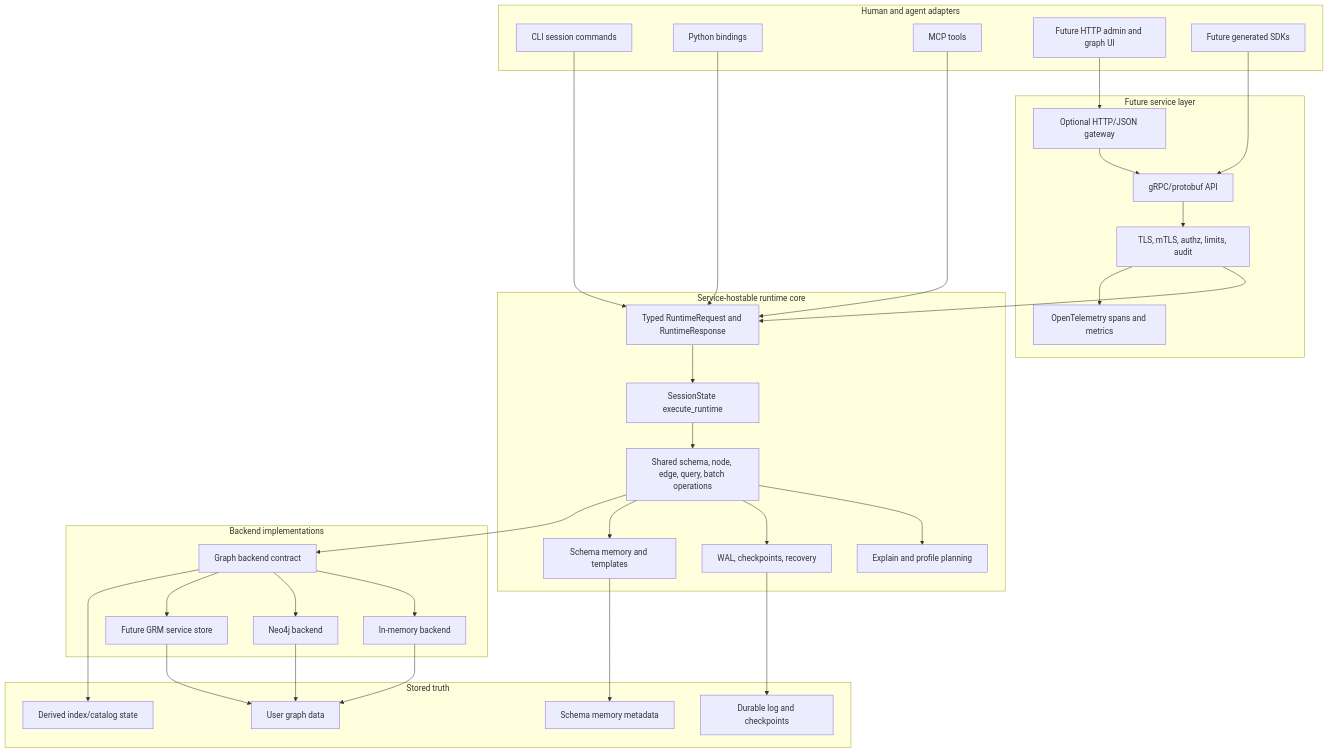
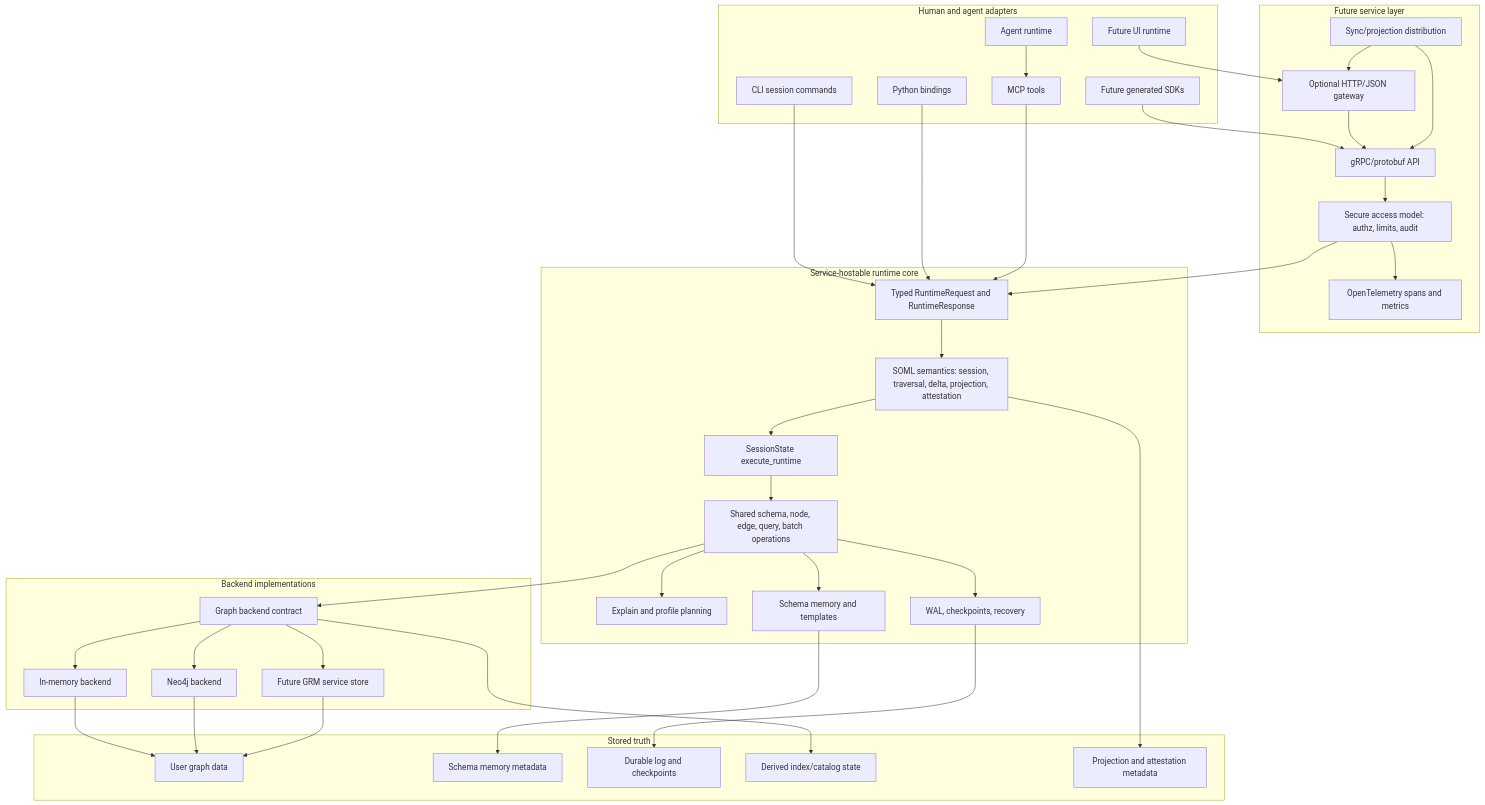
Before and after one commit to poppaLol/grm-rs: the diagram in docs/architecture/aspirational-service-architecture.md, drawn with Mermaid. The commit also changed other lines of this file and 3 other files, not shown here.

````diff
--- a/docs/architecture/aspirational-service-architecture.md
+++ b/docs/architecture/aspirational-service-architecture.md
@@ -36,65 +69,74 @@
 ```mermaid
 flowchart TB
     subgraph Adapters["Human and agent adapters"]
         CLI["CLI session commands"]
         PY["Python bindings"]
         MCP["MCP tools"]
-        HTTPUI["Future HTTP admin and graph UI"]
+        HTTPUI["Future UI runtime"]
+        Agent["Agent runtime"]
         SDK["Future generated SDKs"]
     end
 
     subgraph Service["Future service layer"]
         Gateway["Optional HTTP/JSON gateway"]
         GRPC["gRPC/protobuf API"]
-        Auth["TLS, mTLS, authz, limits, audit"]
+        SAM["Secure access model: authz, limits, audit"]
         Telemetry["OpenTelemetry spans and metrics"]
+        Sync["Sync/projection distribution"]
     end
 
     subgraph Runtime["Service-hostable runtime core"]
+        SOML["SOML semantics: session, traversal, delta, projection, attestation"]
         Requests["Typed RuntimeRequest and RuntimeResponse"]
         Dispatcher["SessionState execute_runtime"]
         Ops["Shared schema, node, edge, query, batch operations"]
         Explain["Explain and profile planning"]
         Durability["WAL, checkpoints, recovery"]
         SchemaMemory["Schema memory and templates"]
     end
 
     subgraph Backends["Backend implementations"]
         BackendTrait["Graph backend contract"]
         Memory["In-memory backend"]
         Neo4j["Neo4j backend"]
         FutureStore["Future GRM service store"]
     end
 
     subgraph Storage["Stored truth"]
         GraphData["User graph data"]
         SchemaStore["Schema memory metadata"]
         WAL["Durable log and checkpoints"]
         Indexes["Derived index/catalog state"]
+        ProjectionStore["Projection and attestation metadata"]
     end
 
     CLI --> Requests
     PY --> Requests
     MCP --> Requests
+    Agent --> MCP
     HTTPUI --> Gateway
     SDK --> GRPC
     Gateway --> GRPC
-    GRPC --> Auth
-    Auth --> Requests
-    Auth --> Telemetry
-    Requests --> Dispatcher
+    GRPC --> SAM
+    SAM --> Requests
+    SAM --> Telemetry
+    Sync --> Gateway
+    Sync --> GRPC
+    Requests --> SOML
+    SOML --> Dispatcher
     Dispatcher --> Ops
     Ops --> Explain
     Ops --> Durability
     Ops --> SchemaMemory
     Ops --> BackendTrait
     BackendTrait --> Memory
     BackendTrait --> Neo4j
     BackendTrait --> FutureStore
     Memory --> GraphData
     Neo4j --> GraphData
     FutureStore --> GraphData
     SchemaMemory --> SchemaStore
     Durability --> WAL
     BackendTrait --> Indexes
+    SOML --> ProjectionStore
 ```
````
